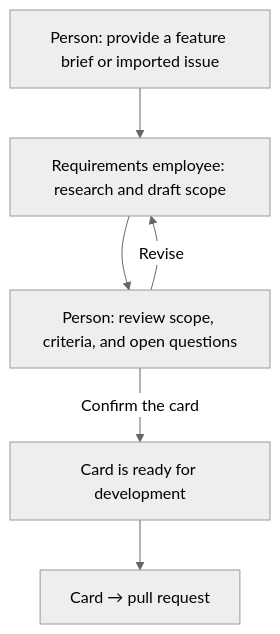
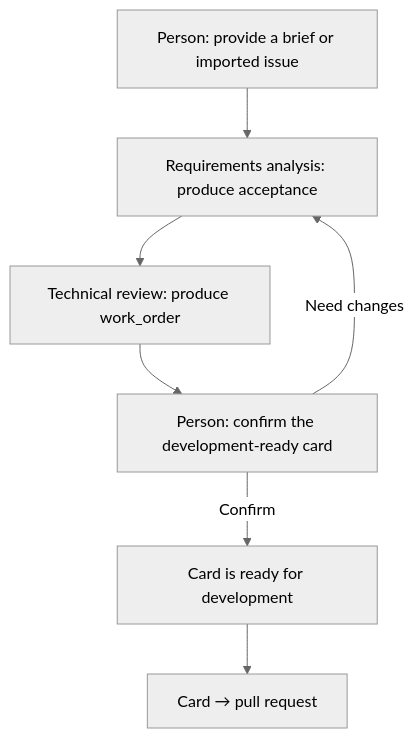
One commit to WeiJiLab/aiworkforce-docs changed the diagram in src/content/docs/software-factory/requirements-to-card.md. Above: the diagram before and after it, drawn with Mermaid (neutral theme). The commit also changed other lines of this file and 15 other files, not shown here.

````diff
--- a/src/content/docs/software-factory/requirements-to-card.md
+++ b/src/content/docs/software-factory/requirements-to-card.md
@@ -16,10 +16,11 @@
 ```mermaid
 flowchart TD
-    brief["Person: provide a feature brief or imported issue"] --> design["Requirements employee: research and draft scope"]
-    design --> review["Person: review scope, criteria, and open questions"]
-    review -->|Revise| design
-    review -->|Confirm the card| ready["Card is ready for development"]
+    brief["Person: provide a brief or imported issue"] --> analysis["Requirements analysis: produce acceptance"]
+    analysis --> technical["Technical review: produce work_order"]
+    technical --> review["Person: confirm the development-ready card"]
+    review -->|Need changes| analysis
+    review -->|Confirm| ready["Card is ready for development"]
     ready --> next["Card → pull request"]
     class brief,review human
-    class design agent
+    class analysis,technical agent
 ```
````
